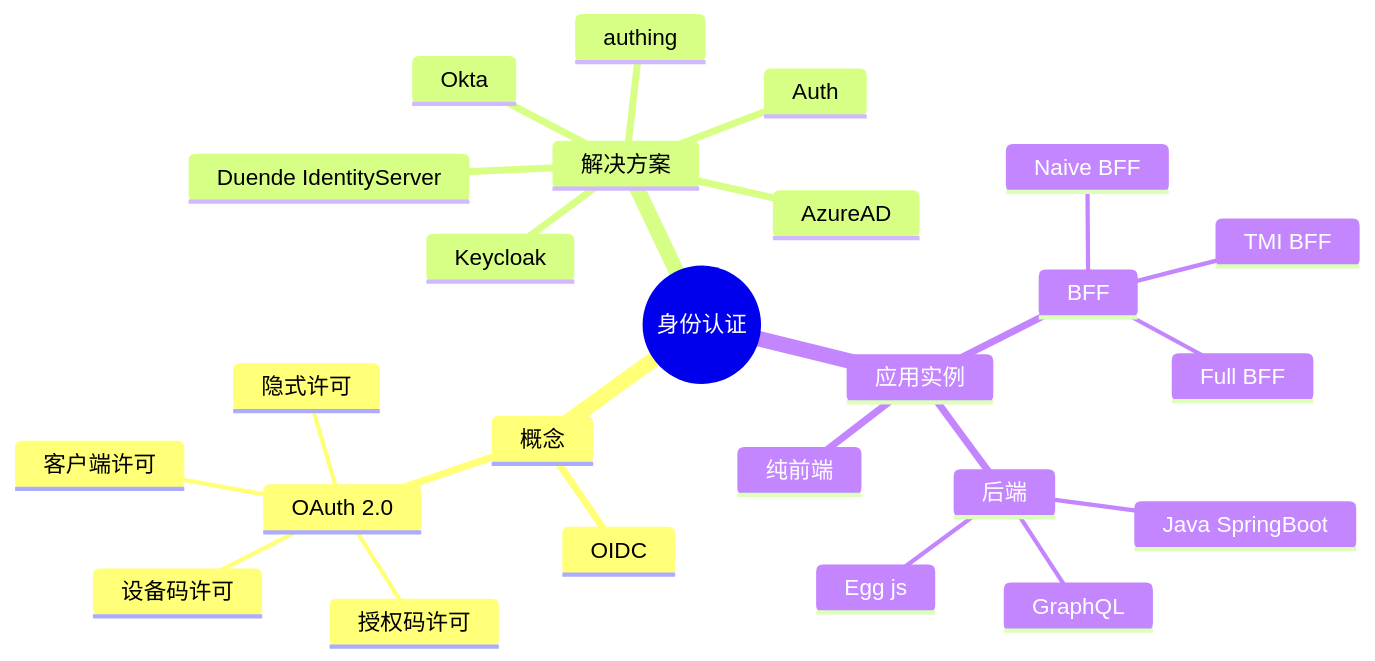
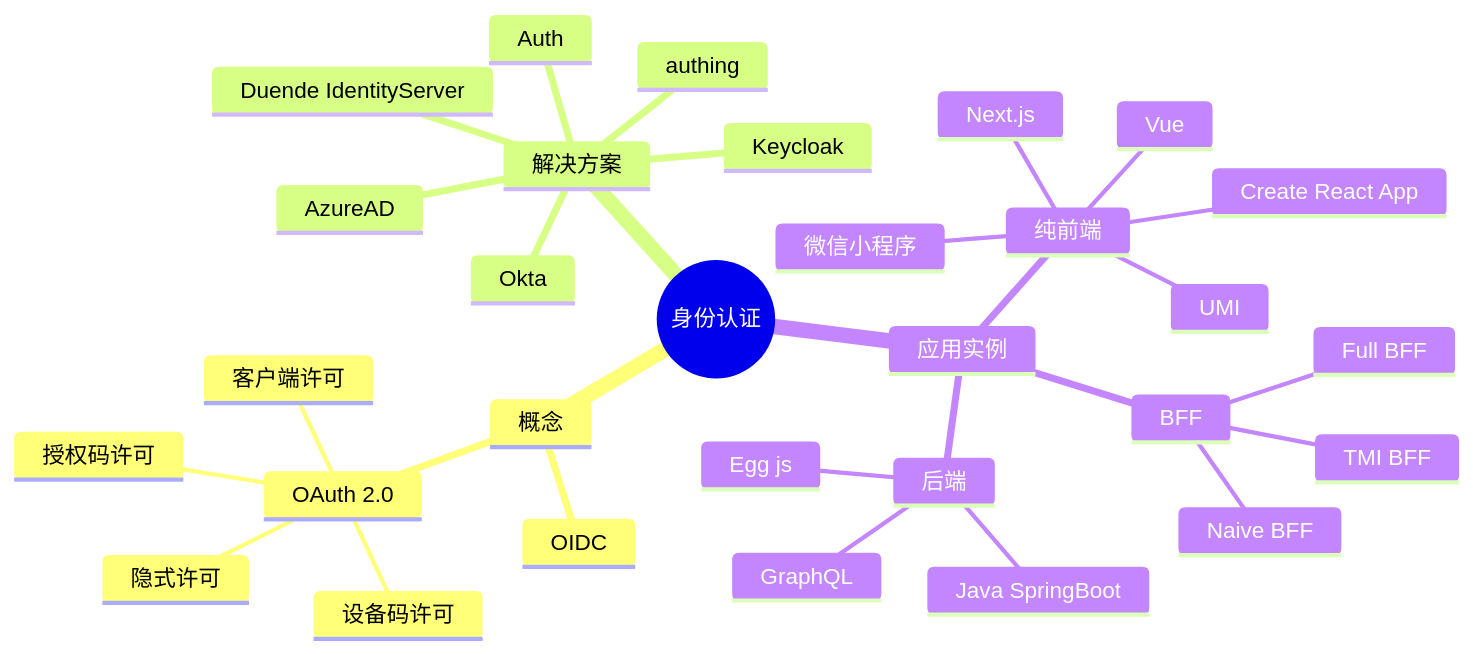
One commit to Jeff-Tian/AllAboutIdentity changed the diagram in docs/idea.md. Above: the diagram before and after it, drawn with Mermaid. The commit also changed 1 other file, not shown here.

Commit message:
cicd(UNI-110): add deploy script

````diff
--- a/docs/idea.md
+++ b/docs/idea.md
@@ -5,28 +5,33 @@
 ```mermaid
 mindmap
   root((身份认证))
     概念
       OAuth 2.0
         授权码许可
         客户端许可
         隐式许可
         设备码许可
       OIDC
     解决方案
       authing
       Keycloak
       Duende IdentityServer
       Okta
       Auth
       AzureAD
     应用实例
       纯前端
+        UMI
+        Next.js
+        Create React App
+        Vue
+        微信小程序
       BFF
         Naive BFF
         TMI BFF
         Full BFF
       后端
         Java SpringBoot
         Egg js
         GraphQL
 ```
````
